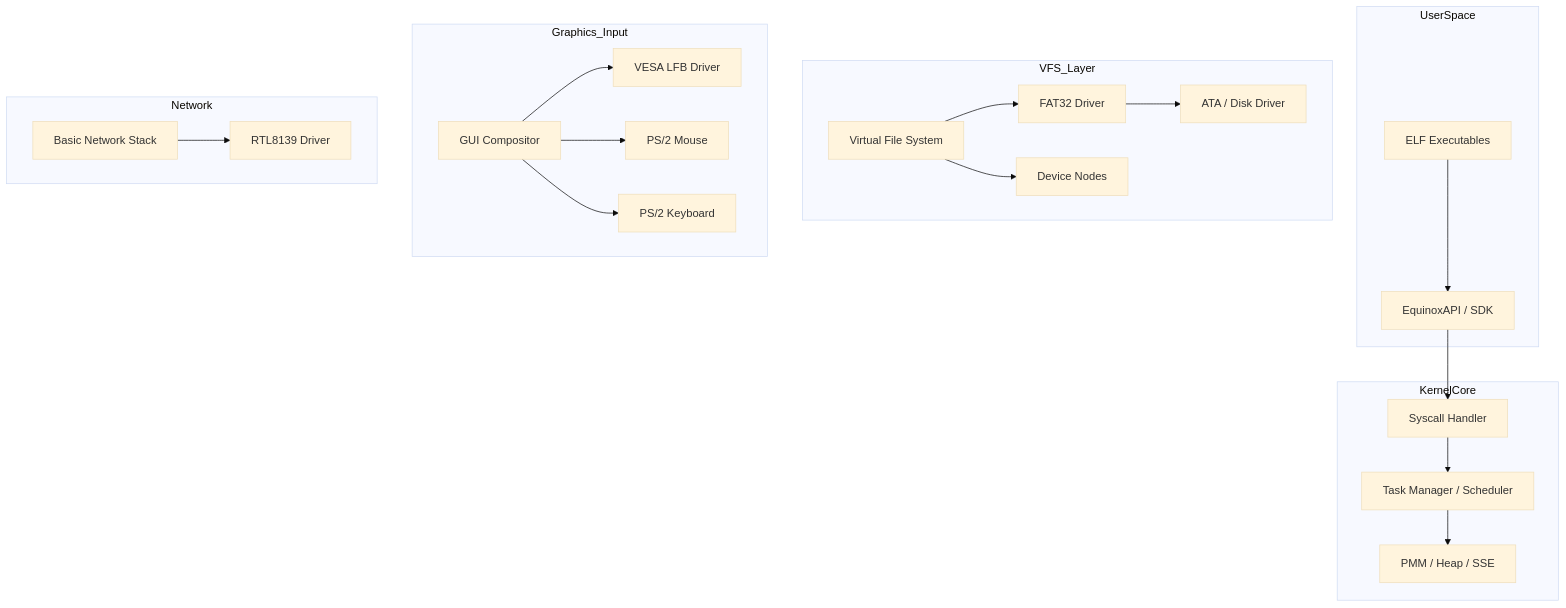
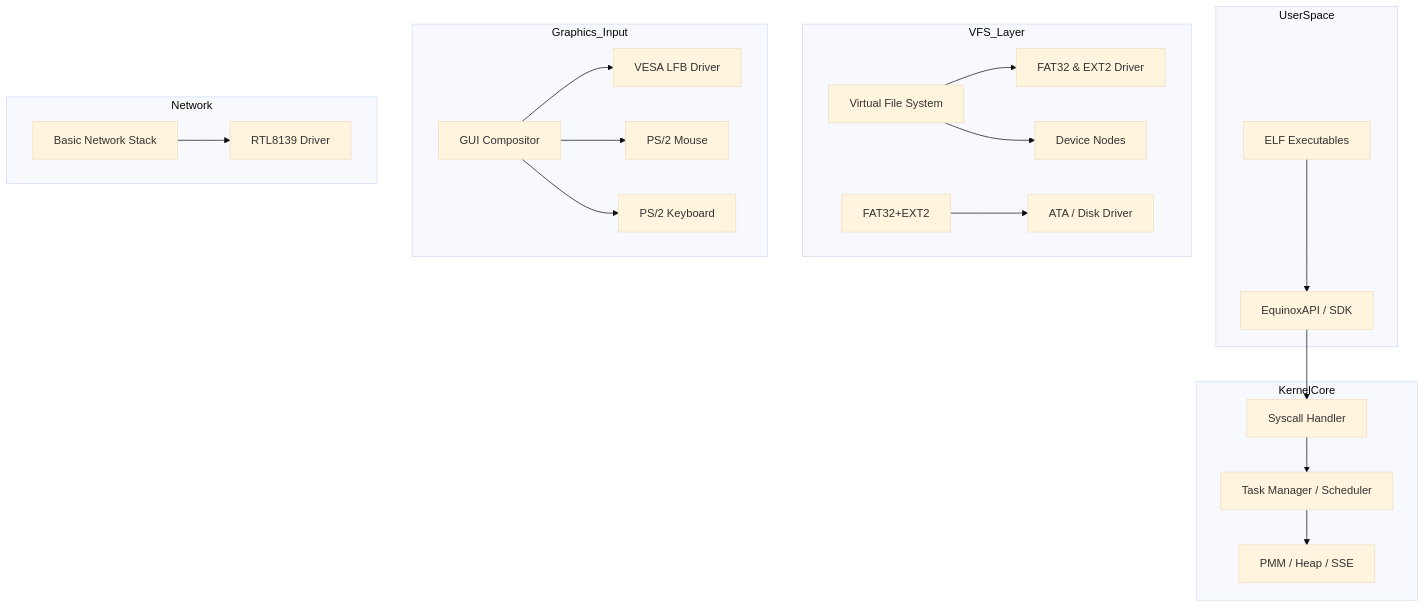
The diagram in README.md (Lertov2424232/EquinoxOS), drawn with Mermaid (base theme) before and after one commit. The commit also changed other lines of this file and 11 other files, not shown here.

Commit message:
EID Updates, HTMLViewer, Snake, Niplay, Roadmap

````diff
--- a/README.md
+++ b/README.md
@@ -21,28 +21,28 @@
 ```mermaid
 graph TD
     subgraph UserSpace
         App[ELF Executables] --> API[EquinoxAPI / SDK]
     end
 
     subgraph KernelCore
         API --> Syscalls[Syscall Handler]
         Syscalls --> Task[Task Manager / Scheduler]
         Task --> Memory[PMM / Heap / SSE]
     end
 
     subgraph VFS_Layer
-        VFS[Virtual File System] --> FAT32[FAT32 Driver]
+        VFS[Virtual File System] --> FAT32EXT[FAT32 & EXT2 Driver]
         VFS --> DevFS[Device Nodes]
-        FAT32 --> ATA[ATA / Disk Driver]
+        FAT32+EXT2 --> ATA[ATA / Disk Driver]
     end
 
     subgraph Graphics_Input
         GUI[GUI Compositor] --> VESA[VESA LFB Driver]
         GUI --> Mouse[PS/2 Mouse]
         GUI --> KB[PS/2 Keyboard]
     end
 
     subgraph Network
         NetStack[Basic Network Stack] --> RTL8139[RTL8139 Driver]
     end
 ```
````
